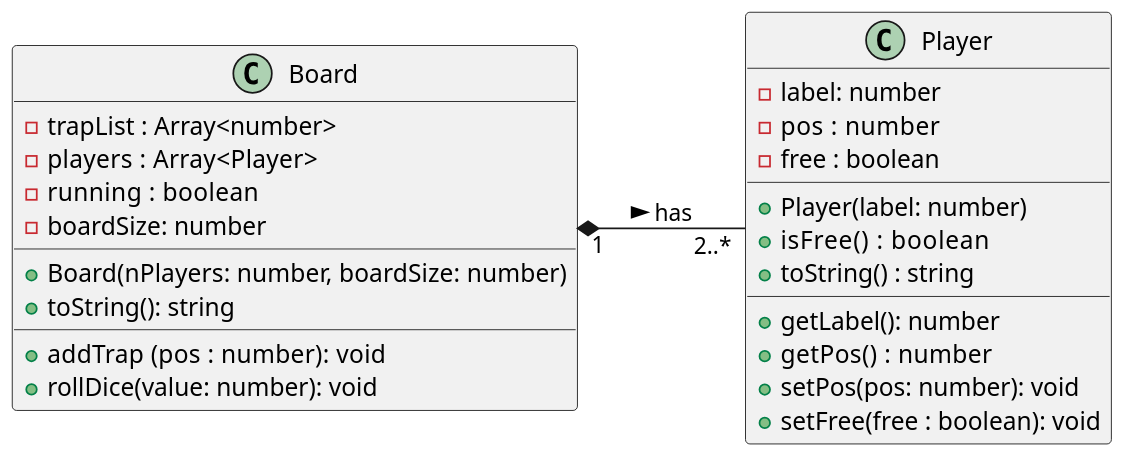
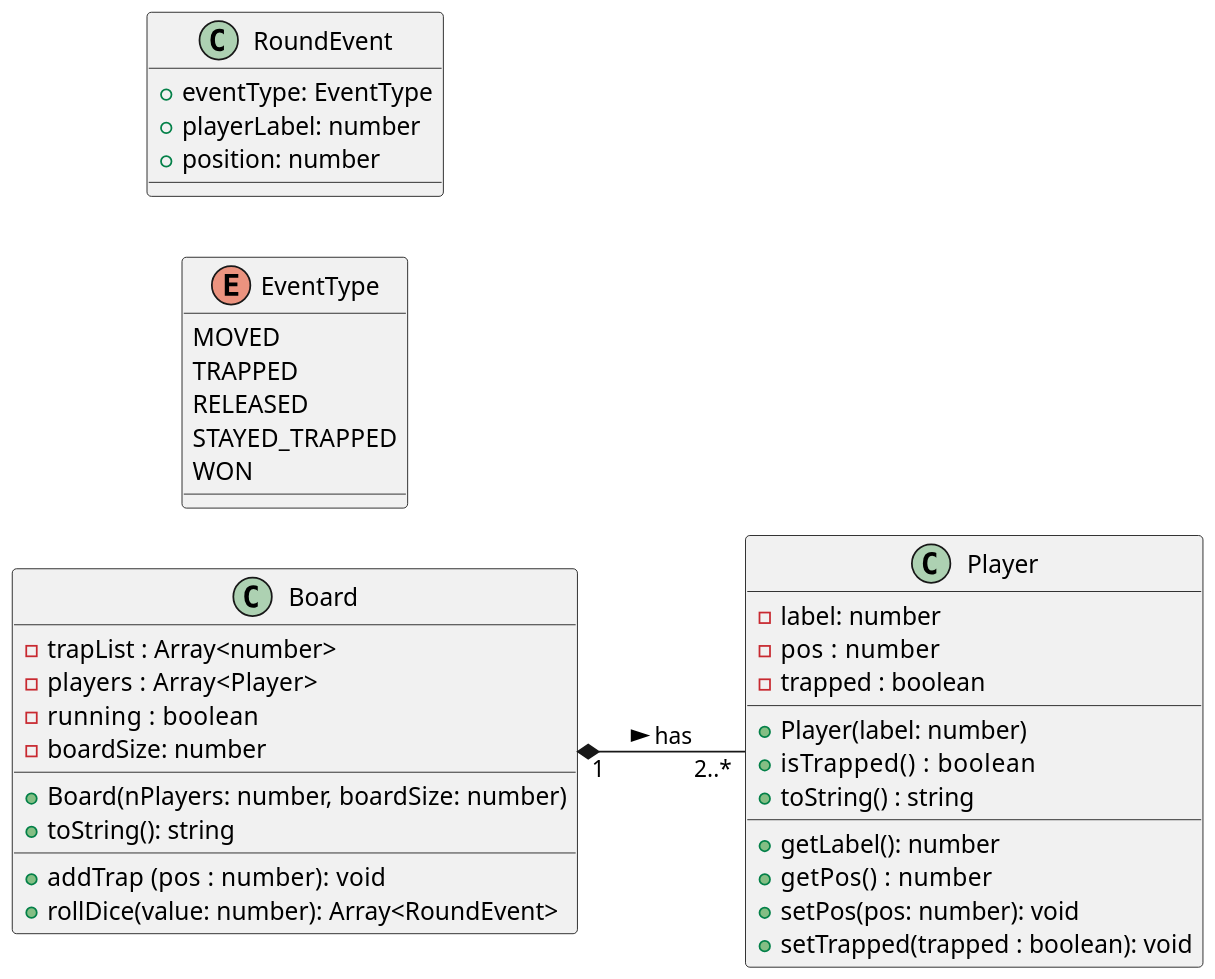
Before and after one commit to qxcodepoo/arcade: the diagram in labs/tabuleiro/assets/diagrama.puml, drawn with PlantUML. The commit also changed 4 other files, not shown here.

```diff
--- a/labs/tabuleiro/assets/diagrama.puml
+++ b/labs/tabuleiro/assets/diagrama.puml
@@ -2,35 +2,49 @@
 @startuml
 
 skinparam defaultFontName "Source Code Pro"
 skinparam dpi 150
 left to right direction
 class Player {
   - label: number  
   - pos  : number
-  - free : boolean
+  - trapped : boolean
   __
   + Player(label: number)
-  + isFree()   : boolean
+  + isTrapped()   : boolean
   + toString() : string
   __
   + getLabel(): number
   + getPos()  : number
   + setPos(pos: number): void
-  + setFree(free : boolean): void
+  + setTrapped(trapped : boolean): void
+}
+
+enum EventType {
+  MOVED
+  TRAPPED
+  RELEASED
+  STAYED_TRAPPED
+  WON
+}
+
+class RoundEvent {
+  + eventType: EventType
+  + playerLabel: number
+  + position: number
 }
 
 class Board {
   - trapList : Array<number>
   - players  : Array<Player>
   - running  : boolean
   - boardSize: number
   __
   + Board(nPlayers: number, boardSize: number)
   + toString(): string
   __
   + addTrap (pos  : number): void
-  + rollDice(value: number): void
+  + rollDice(value: number): Array<RoundEvent>
 }
 
 Board "1" *--  "2..*" Player : > has
 @enduml
```
